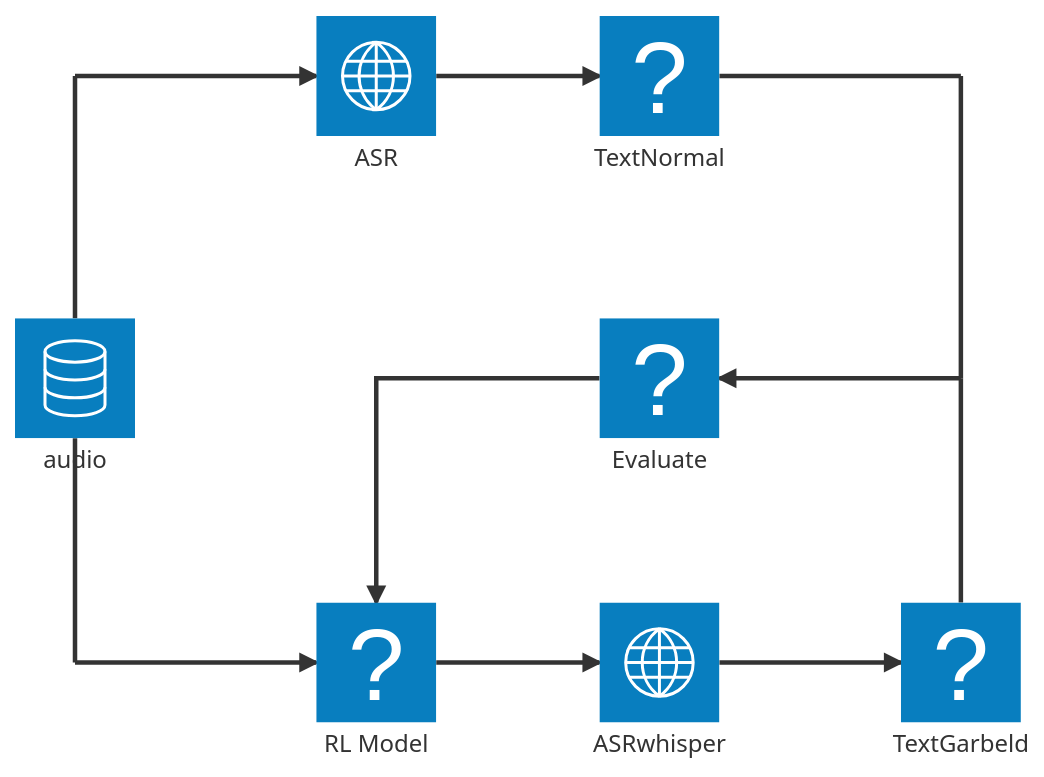
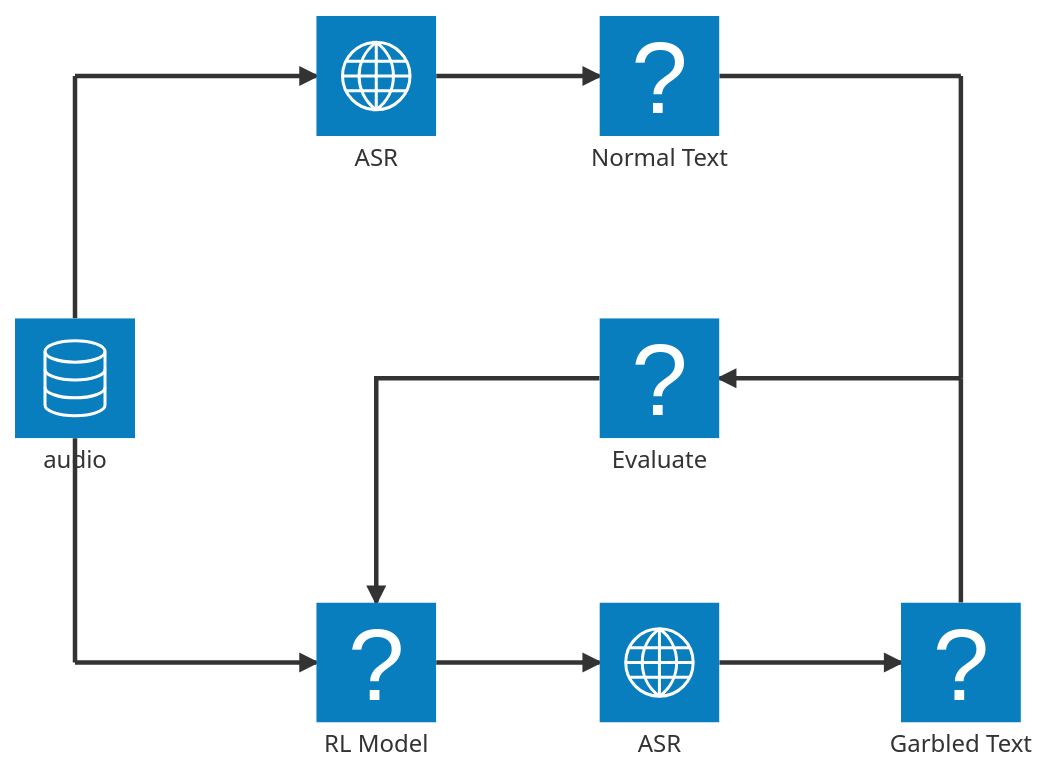
One commit to Uplink036/EchoShield changed the diagram in README.md. Above: the diagram before and after it, drawn with Mermaid. The commit also changed other lines of this file, not shown here.

Commit message:
Add RL data flow

````diff
--- a/README.md
+++ b/README.md
@@ -13,30 +9,30 @@
 ```mermaid
 architecture-beta
     service audio(database)[audio]
     service model(abc)[RL Model] 
     service asr_normal(internet)[ASR] 
-    service asr_attack(internet)[ASRwhisper]
-    service text_normal(abc)[TextNormal]
-    service text_attack(abc)[TextGarbeld]
+    service asr_attack(internet)[ASR]
+    service text_normal(abc)[Normal Text]
+    service text_attack(abc)[Garbled Text]
     service eval(abc)[Evaluate]
   
     junction a_m
     audio:B -- T:a_m
     a_m:R --> L:model
     model:R --> L:asr_attack
     asr_attack:R --> L:text_attack
 
     junction a_a
     audio:T -- B:a_a
     a_a:R --> L:asr_normal
     asr_normal:R --> L:text_normal
     junction extend_a_a
     text_normal:R -- L:extend_a_a
 
     junction text
     extend_a_a:B -- T:text
     text_attack:T -- B:text
 
     text:L --> R:eval
     eval:L --> T:model
 ```
````
